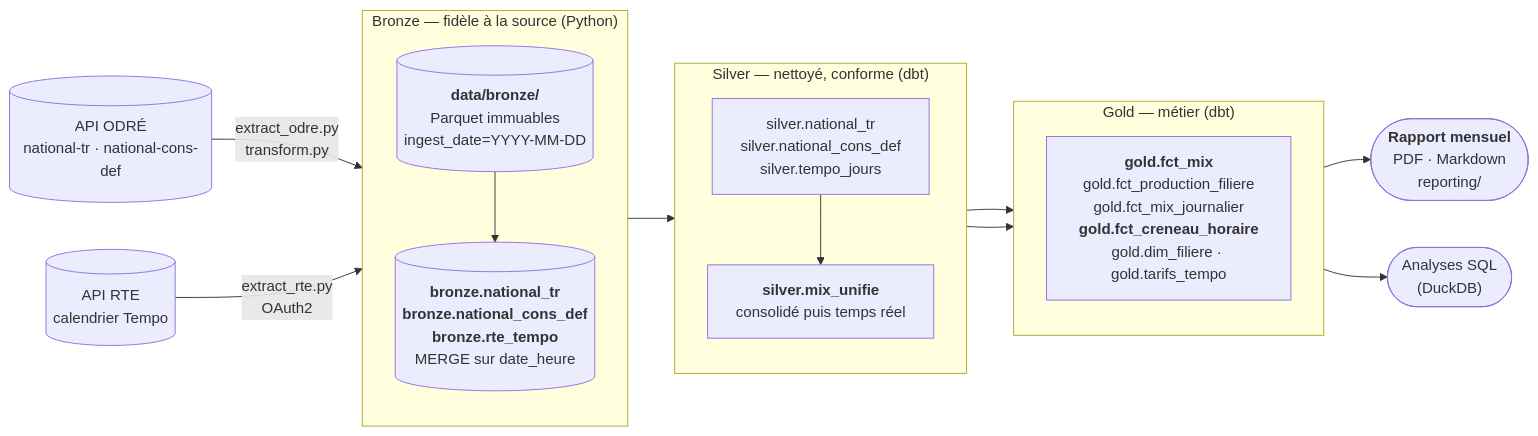
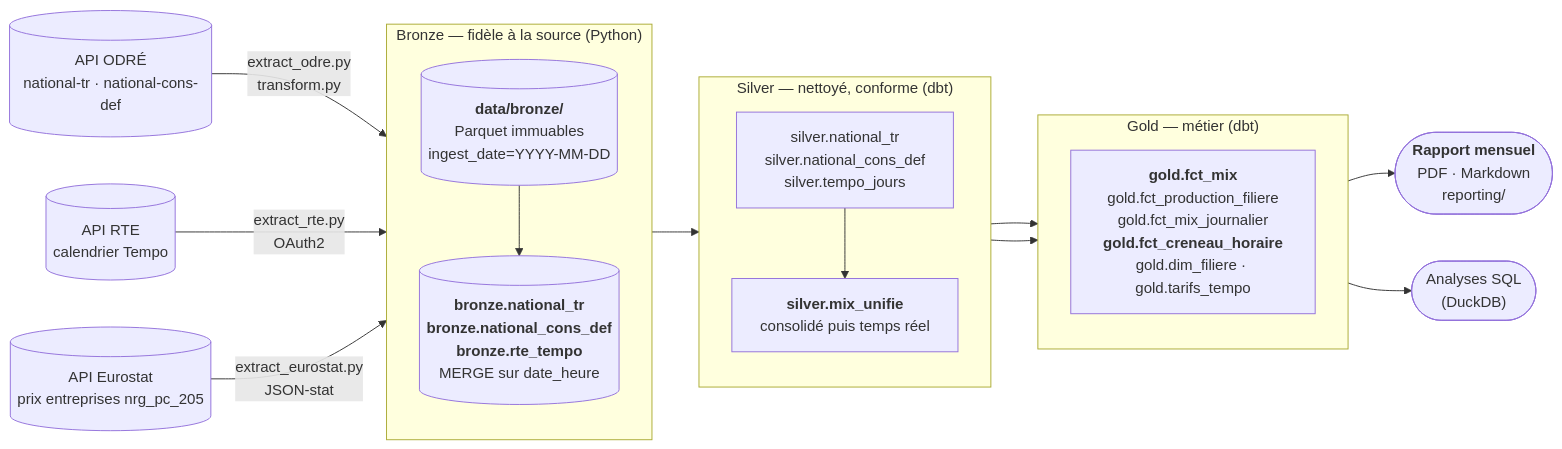
Before and after one commit to Elias-Ouafi/ou-brancher-mon-entreprise: the diagram in README.md, drawn with Mermaid. The commit also changed other lines of this file and 27 other files, not shown here.

First line of the commit message:
Prix moyen de l'electricite par tranche de consommation (Eurostat)

````diff
--- a/README.md
+++ b/README.md
@@ -62,32 +63,34 @@
 ```mermaid
 flowchart LR
     ODRE[("API ODRÉ<br/>national-tr · national-cons-def")]
     RTE[("API RTE<br/>calendrier Tempo")]
+    EUROSTAT[("API Eurostat<br/>prix entreprises nrg_pc_205")]
 
     subgraph BRONZE["Bronze — fidèle à la source (Python)"]
         direction TB
         PARQUET[("<b>data/bronze/</b><br/>Parquet immuables<br/>ingest_date=YYYY-MM-DD")]
         BTABLES[("<b>bronze.national_tr</b><br/><b>bronze.national_cons_def</b><br/><b>bronze.rte_tempo</b><br/>MERGE sur date_heure")]
         PARQUET --> BTABLES
     end
 
     subgraph SILVER["Silver — nettoyé, conforme (dbt)"]
         direction TB
         STR["silver.national_tr<br/>silver.national_cons_def<br/>silver.tempo_jours"]
         MIX["<b>silver.mix_unifie</b><br/>consolidé puis temps réel"]
         STR --> MIX
     end
 
     subgraph GOLD["Gold — métier (dbt)"]
         direction TB
         FCT["<b>gold.fct_mix</b><br/>gold.fct_production_filiere<br/>gold.fct_mix_journalier<br/><b>gold.fct_creneau_horaire</b><br/>gold.dim_filiere · gold.tarifs_tempo"]
     end
 
     ODRE -->|"extract_odre.py<br/>transform.py"| PARQUET
     RTE -->|"extract_rte.py<br/>OAuth2"| PARQUET
+    EUROSTAT -->|"extract_eurostat.py<br/>JSON-stat"| PARQUET
     BTABLES --> STR
     MIX --> FCT
     STR --> FCT
     FCT --> RAPPORT(["<b>Rapport mensuel</b><br/>PDF · Markdown<br/>reporting/"])
     FCT --> USE(["Analyses SQL<br/>(DuckDB)"])
 ```
````
